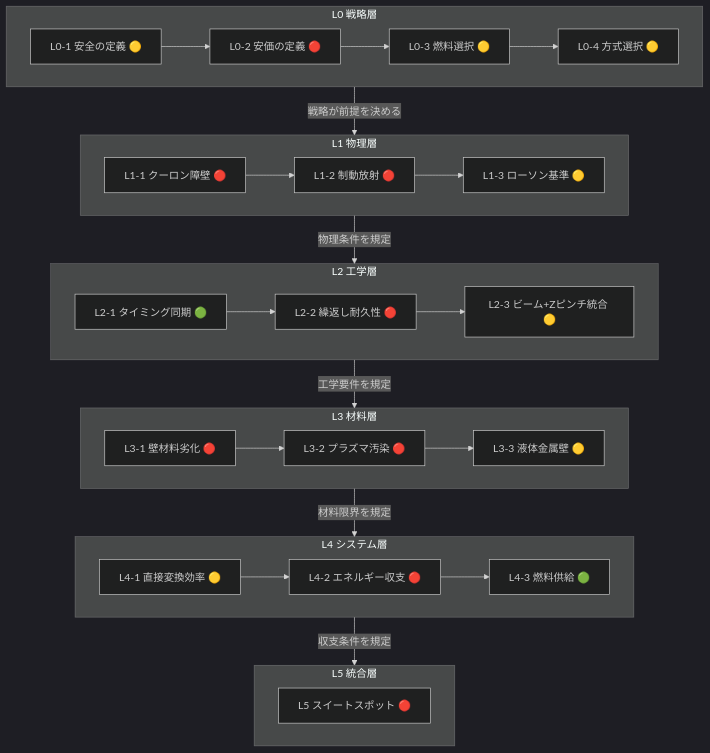
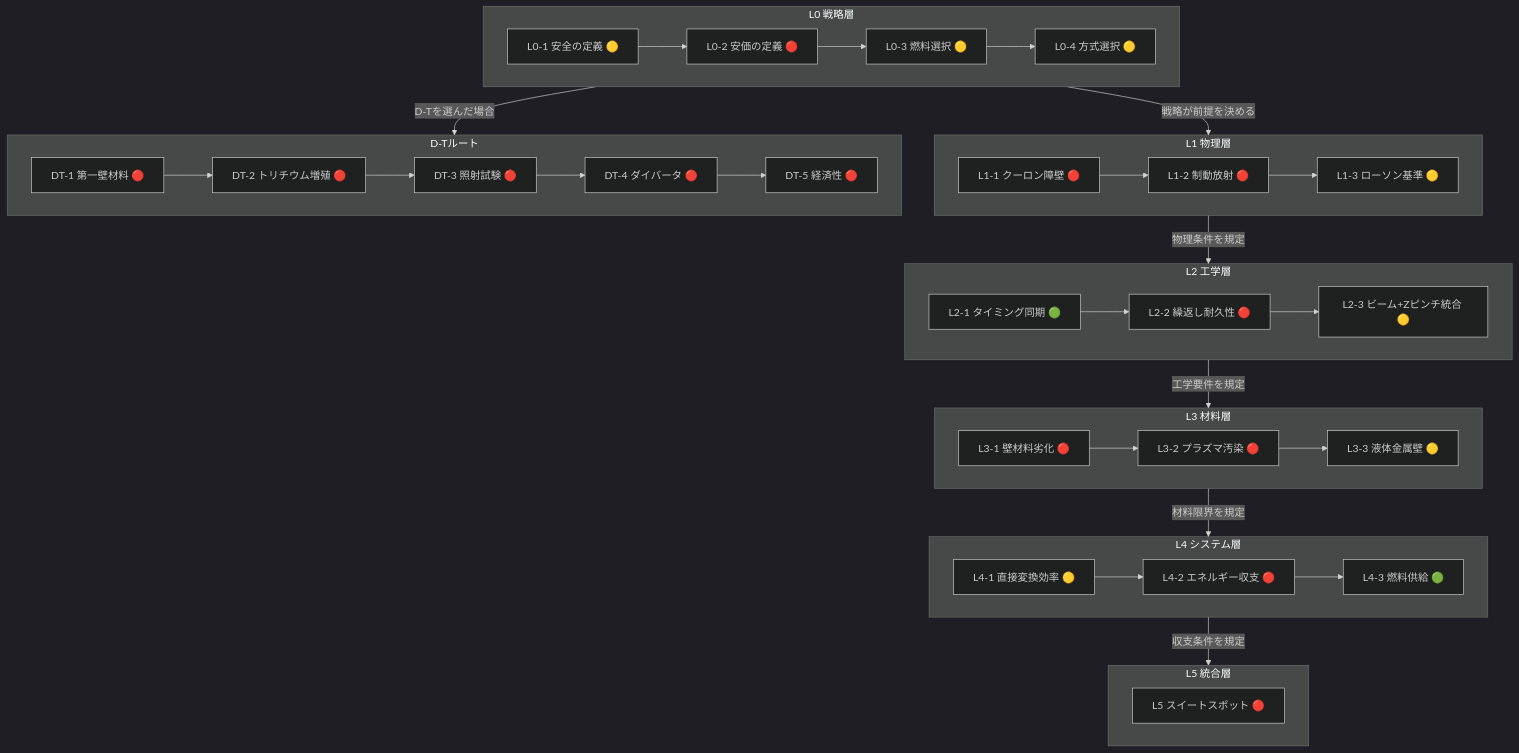
One commit to GoodRelax/pb11-fusion changed the third of 4 diagrams in yomons/overview.md. Above: the diagram before and after it, drawn with Mermaid (dark theme). The commit also changed other lines of this file, not shown here.

````diff
--- a/yomons/overview.md
+++ b/yomons/overview.md
@@ -809,37 +889,44 @@
 ```mermaid
 flowchart TD
     subgraph L0 ["L0 戦略層"]
         direction LR
         L0A["L0-1 安全の定義 🟡"] --> L0B["L0-2 安価の定義 🔴"] --> L0C["L0-3 燃料選択 🟡"] --> L0D["L0-4 方式選択 🟡"]
     end
 
     subgraph L1 ["L1 物理層"]
         direction LR
         L1A["L1-1 クーロン障壁 🔴"] --> L1B["L1-2 制動放射 🔴"] --> L1C["L1-3 ローソン基準 🟡"]
     end
 
     subgraph L2 ["L2 工学層"]
         direction LR
         L2A["L2-1 タイミング同期 🟢"] --> L2B["L2-2 繰返し耐久性 🔴"] --> L2C["L2-3 ビーム+Zピンチ統合 🟡"]
     end
 
     subgraph L3 ["L3 材料層"]
         direction LR
         L3A["L3-1 壁材料劣化 🔴"] --> L3B["L3-2 プラズマ汚染 🔴"] --> L3C["L3-3 液体金属壁 🟡"]
     end
 
     subgraph L4 ["L4 システム層"]
         direction LR
         L4A["L4-1 直接変換効率 🟡"] --> L4B["L4-2 エネルギー収支 🔴"] --> L4C["L4-3 燃料供給 🟢"]
     end
 
     subgraph L5 ["L5 統合層"]
         L5A["L5 スイートスポット 🔴"]
     end
 
     L0 -->|"戦略が前提を決める"| L1
     L1 -->|"物理条件を規定"| L2
     L2 -->|"工学要件を規定"| L3
     L3 -->|"材料限界を規定"| L4
     L4 -->|"収支条件を規定"| L5
+
+    subgraph DT ["D-Tルート"]
+        direction LR
+        DT1["DT-1 第一壁材料 🔴"] --> DT2["DT-2 トリチウム増殖 🔴"] --> DT3["DT-3 照射試験 🔴"] --> DT4["DT-4 ダイバータ 🔴"] --> DT5["DT-5 経済性 🔴"]
+    end
+
+    L0 -->|"D-Tを選んだ場合"| DT
 ```
````
